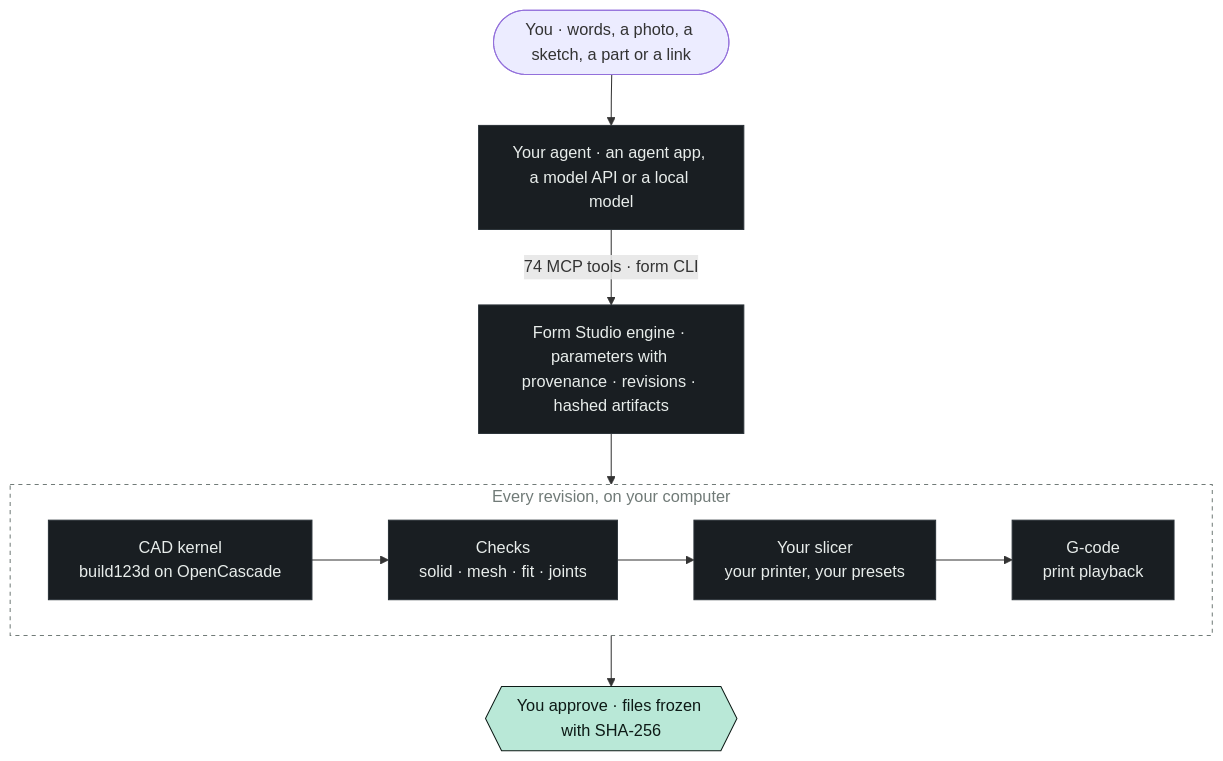
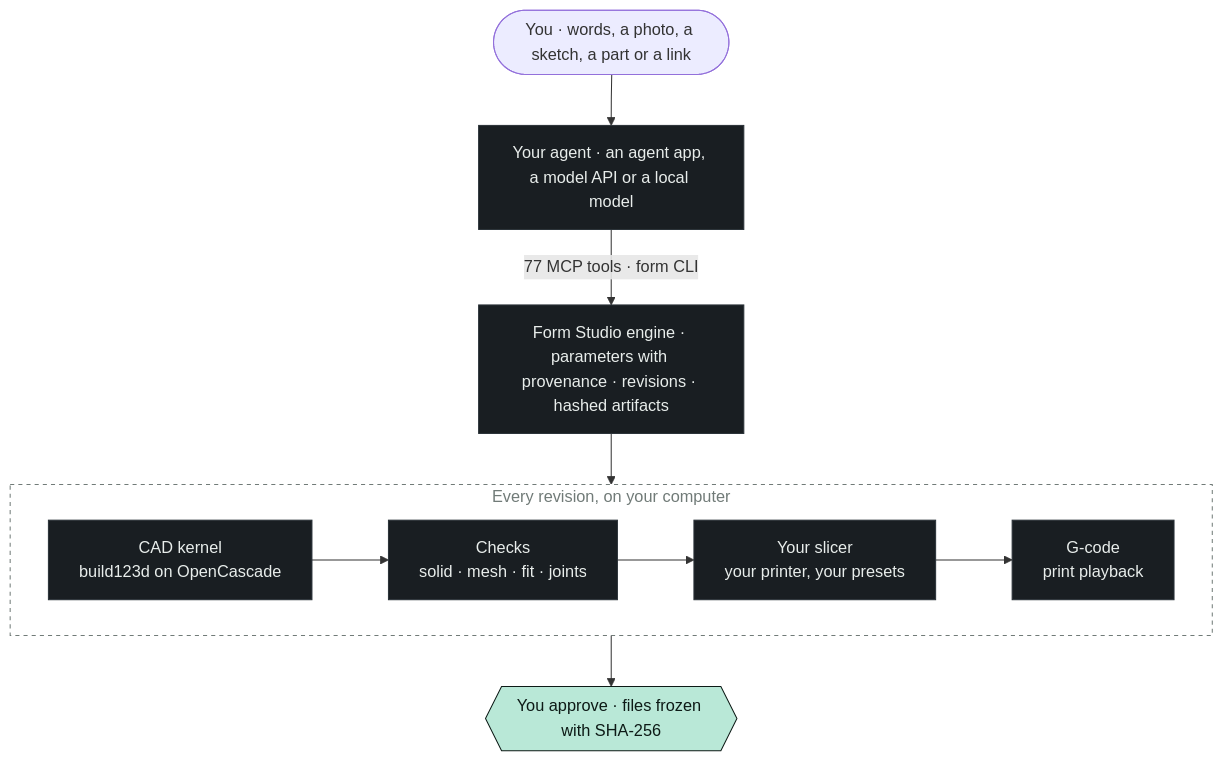
Before and after one commit to kaizensx/form-studio: the diagram in README.md, drawn with Mermaid. The commit also changed other lines of this file and 3 other files, not shown here.

Commit message:
README and docs for 1.1 on dev: make it lighter, replace a broken part, 77 MCP tools

````diff
--- a/README.md
+++ b/README.md
@@ -202,19 +204,19 @@
 ```mermaid
 flowchart TB
   you(["You · words, a photo, a sketch, a part or a link"]) --> agent
-  agent["Your agent · an agent app, a model API or a local model"] -- "74 MCP tools · form CLI" --> engine
+  agent["Your agent · an agent app, a model API or a local model"] -- "77 MCP tools · form CLI" --> engine
   engine["Form Studio engine · parameters with provenance · revisions · hashed artifacts"]
   subgraph every["Every revision, on your computer"]
     direction LR
     kernel["CAD kernel<br/>build123d on OpenCascade"] --> checks["Checks<br/>solid · mesh · fit · joints"]
     checks --> slicer["Your slicer<br/>your printer, your presets"]
     slicer --> sim["G-code<br/>print playback"]
   end
   engine --> every
   every --> release{{"You approve · files frozen with SHA-256"}}
   classDef datum fill:#b9e8d7,stroke:#0d1a16,color:#0d1a16
   classDef plate fill:#191e22,stroke:#2a3238,color:#e8edeb
   class release datum
   class agent,engine,kernel,checks,slicer,sim plate
   style every fill:transparent,stroke:#717b78,stroke-dasharray:4 4,color:#717b78
 ```
````
